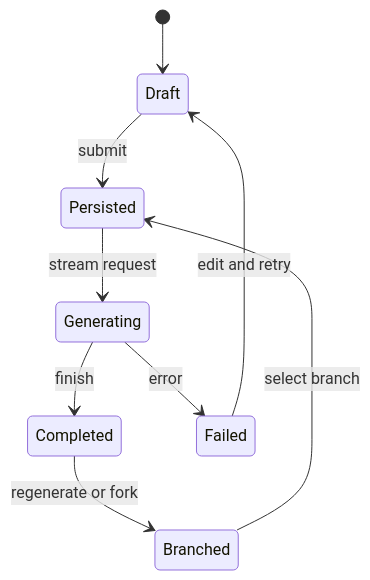
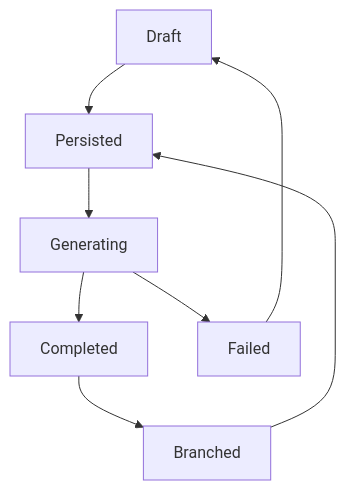
The fifth of 7 diagrams in README.md (EterUltimate/EterUee), drawn with Mermaid before and after one commit. The commit also changed other lines of this file and 2 other files, not shown here.

Commit message:
docs: make README diagrams GitHub-safe

````diff
--- a/README.md
+++ b/README.md
@@ -188,11 +166,17 @@
 ```mermaid
-stateDiagram-v2
-    [*] --> Draft
-    Draft --> Persisted: submit
-    Persisted --> Generating: stream request
-    Generating --> Completed: finish
-    Generating --> Failed: error
-    Completed --> Branched: regenerate or fork
-    Failed --> Draft: edit and retry
-    Branched --> Persisted: select branch
+graph TD
+    Draft[Draft]
+    Persisted[Persisted]
+    Generating[Generating]
+    Completed[Completed]
+    Failed[Failed]
+    Branched[Branched]
+
+    Draft --> Persisted
+    Persisted --> Generating
+    Generating --> Completed
+    Generating --> Failed
+    Completed --> Branched
+    Failed --> Draft
+    Branched --> Persisted
 ```
````
